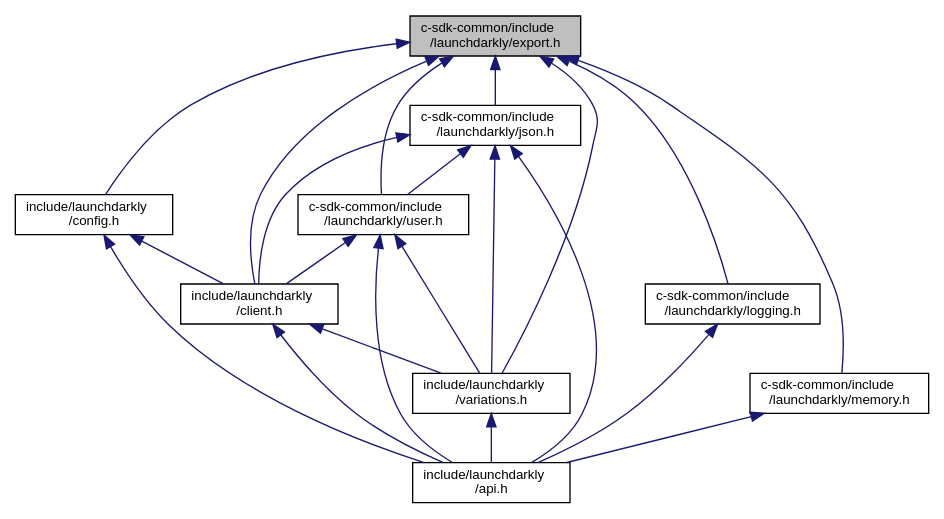
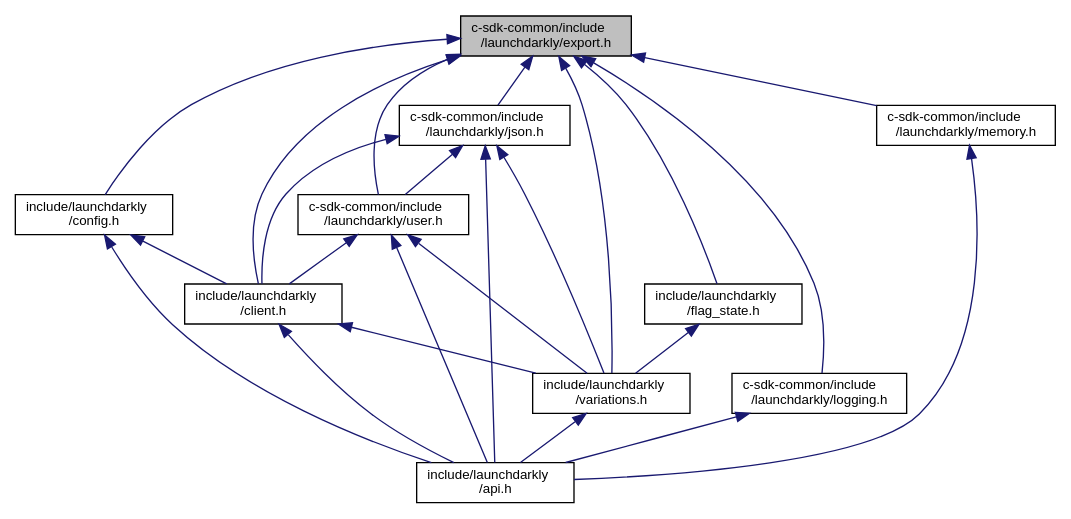
One commit to launchdarkly/c-server-sdk changed the diagram in export_8h__dep__incl.dot. Above: the diagram before and after it, drawn with Graphviz. The commit also changed 55 other files, not shown here.

```diff
--- a/export_8h__dep__incl.dot
+++ b/export_8h__dep__incl.dot
@@ -1,35 +1,38 @@
 digraph "c-sdk-common/include/launchdarkly/export.h"
 {
   edge [fontname="Helvetica",fontsize="10",labelfontname="Helvetica",labelfontsize="10"];
   node [fontname="Helvetica",fontsize="10",shape=record];
   Node1 [label="c-sdk-common/include\l/launchdarkly/export.h",height=0.2,width=0.4,color="black", fillcolor="grey75", style="filled", fontcolor="black"];
   Node1 -> Node2 [dir="back",color="midnightblue",fontsize="10",style="solid",fontname="Helvetica"];
   Node2 [label="include/launchdarkly\l/config.h",height=0.2,width=0.4,color="black", fillcolor="white", style="filled",URL="$config_8h.html",tooltip="Public API for Configuration. "];
   Node2 -> Node3 [dir="back",color="midnightblue",fontsize="10",style="solid",fontname="Helvetica"];
   Node3 [label="include/launchdarkly\l/client.h",height=0.2,width=0.4,color="black", fillcolor="white", style="filled",URL="$client_8h.html",tooltip="Public API for Client operations. "];
   Node3 -> Node4 [dir="back",color="midnightblue",fontsize="10",style="solid",fontname="Helvetica"];
   Node4 [label="include/launchdarkly\l/api.h",height=0.2,width=0.4,color="black", fillcolor="white", style="filled",URL="$api_8h.html",tooltip="Public API. Include this for every public operation. "];
   Node3 -> Node5 [dir="back",color="midnightblue",fontsize="10",style="solid",fontname="Helvetica"];
   Node5 [label="include/launchdarkly\l/variations.h",height=0.2,width=0.4,color="black", fillcolor="white", style="filled",URL="$variations_8h.html",tooltip="Public API for evaluation variations. "];
   Node5 -> Node4 [dir="back",color="midnightblue",fontsize="10",style="solid",fontname="Helvetica"];
   Node2 -> Node4 [dir="back",color="midnightblue",fontsize="10",style="solid",fontname="Helvetica"];
   Node1 -> Node3 [dir="back",color="midnightblue",fontsize="10",style="solid",fontname="Helvetica"];
   Node1 -> Node6 [dir="back",color="midnightblue",fontsize="10",style="solid",fontname="Helvetica"];
   Node6 [label="c-sdk-common/include\l/launchdarkly/json.h",height=0.2,width=0.4,color="black", fillcolor="white", style="filled",URL="$json_8h.html",tooltip="Public API for JSON usage. "];
   Node6 -> Node3 [dir="back",color="midnightblue",fontsize="10",style="solid",fontname="Helvetica"];
   Node6 -> Node7 [dir="back",color="midnightblue",fontsize="10",style="solid",fontname="Helvetica"];
   Node7 [label="c-sdk-common/include\l/launchdarkly/user.h",height=0.2,width=0.4,color="black", fillcolor="white", style="filled",URL="$user_8h.html",tooltip="Public API for User construction. "];
   Node7 -> Node3 [dir="back",color="midnightblue",fontsize="10",style="solid",fontname="Helvetica"];
   Node7 -> Node4 [dir="back",color="midnightblue",fontsize="10",style="solid",fontname="Helvetica"];
   Node7 -> Node5 [dir="back",color="midnightblue",fontsize="10",style="solid",fontname="Helvetica"];
   Node6 -> Node4 [dir="back",color="midnightblue",fontsize="10",style="solid",fontname="Helvetica"];
   Node6 -> Node5 [dir="back",color="midnightblue",fontsize="10",style="solid",fontname="Helvetica"];
   Node1 -> Node7 [dir="back",color="midnightblue",fontsize="10",style="solid",fontname="Helvetica"];
   Node1 -> Node8 [dir="back",color="midnightblue",fontsize="10",style="solid",fontname="Helvetica"];
   Node8 [label="c-sdk-common/include\l/launchdarkly/logging.h",height=0.2,width=0.4,color="black", fillcolor="white", style="filled",URL="$logging_8h.html",tooltip="Public API for Logging. "];
   Node8 -> Node4 [dir="back",color="midnightblue",fontsize="10",style="solid",fontname="Helvetica"];
   Node1 -> Node9 [dir="back",color="midnightblue",fontsize="10",style="solid",fontname="Helvetica"];
   Node9 [label="c-sdk-common/include\l/launchdarkly/memory.h",height=0.2,width=0.4,color="black", fillcolor="white", style="filled",URL="$memory_8h.html",tooltip="Public API. Operations for managing memory. "];
   Node9 -> Node4 [dir="back",color="midnightblue",fontsize="10",style="solid",fontname="Helvetica"];
   Node1 -> Node5 [dir="back",color="midnightblue",fontsize="10",style="solid",fontname="Helvetica"];
+  Node1 -> Node10 [dir="back",color="midnightblue",fontsize="10",style="solid",fontname="Helvetica"];
+  Node10 [label="include/launchdarkly\l/flag_state.h",height=0.2,width=0.4,color="black", fillcolor="white", style="filled",URL="$flag__state_8h.html",tooltip="Public API associated with LDAllFlagsState. "];
+  Node10 -> Node5 [dir="back",color="midnightblue",fontsize="10",style="solid",fontname="Helvetica"];
 }
```
